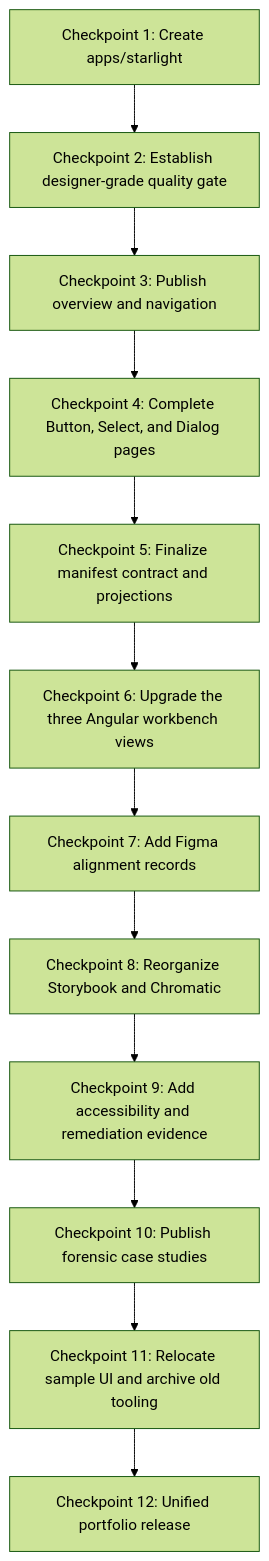
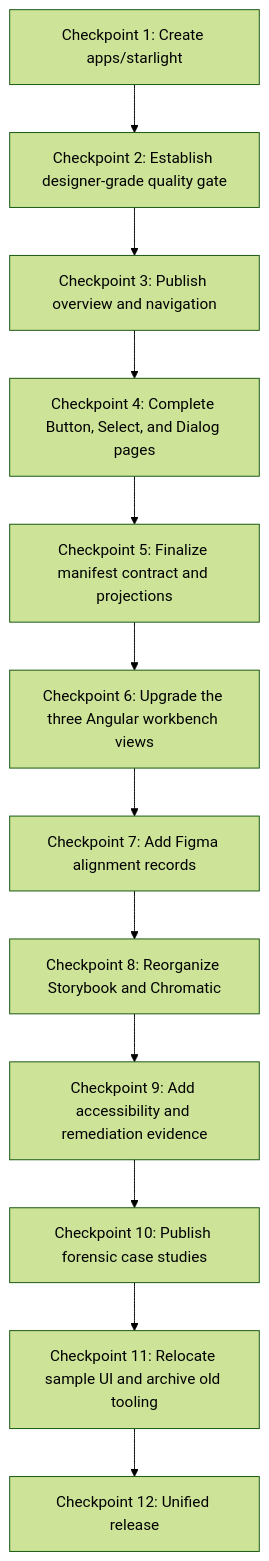
The diagram in docs/documentation-upgrade/12-delivery-roadmap.md (JeffreySanford/public-sector-federation), drawn with Mermaid (forest theme) before and after one commit. The commit also changed other lines of this file and 41 other files, not shown here.

````diff
--- a/docs/documentation-upgrade/12-delivery-roadmap.md
+++ b/docs/documentation-upgrade/12-delivery-roadmap.md
@@ -45,14 +45,14 @@
 ```mermaid
 flowchart TD
   A[Checkpoint 1: Create apps/starlight] --> B[Checkpoint 2: Establish designer-grade quality gate]
   B --> C[Checkpoint 3: Publish overview and navigation]
   C --> D[Checkpoint 4: Complete Button, Select, and Dialog pages]
   D --> E[Checkpoint 5: Finalize manifest contract and projections]
   E --> F[Checkpoint 6: Upgrade the three Angular workbench views]
   F --> G[Checkpoint 7: Add Figma alignment records]
   G --> H[Checkpoint 8: Reorganize Storybook and Chromatic]
   H --> I[Checkpoint 9: Add accessibility and remediation evidence]
   I --> J[Checkpoint 10: Publish forensic case studies]
   J --> K[Checkpoint 11: Relocate sample UI and archive old tooling]
-  K --> L[Checkpoint 12: Unified portfolio release]
+  K --> L[Checkpoint 12: Unified release]
 ```
````
